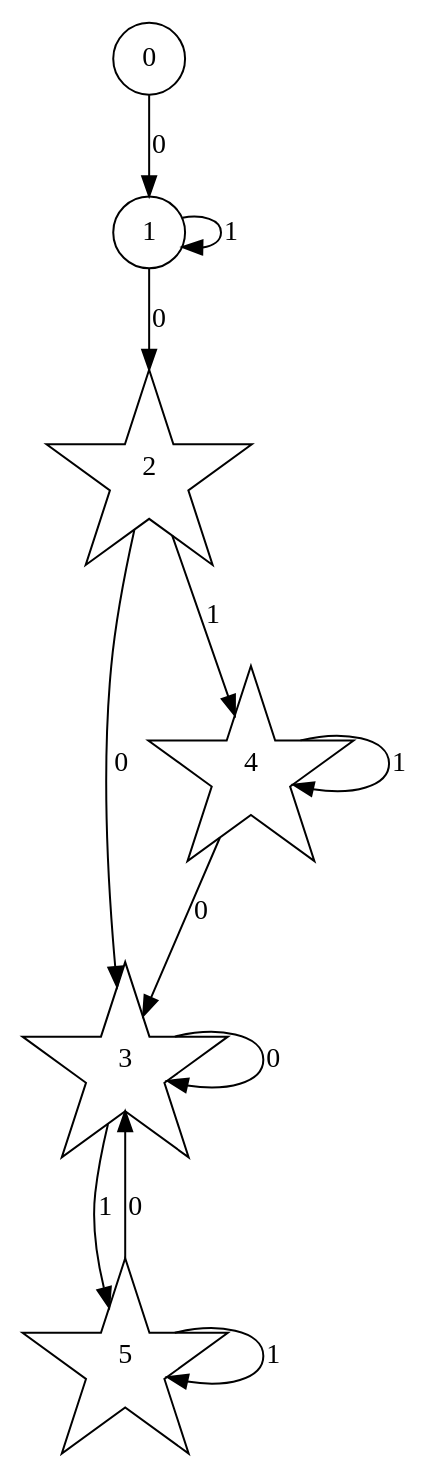
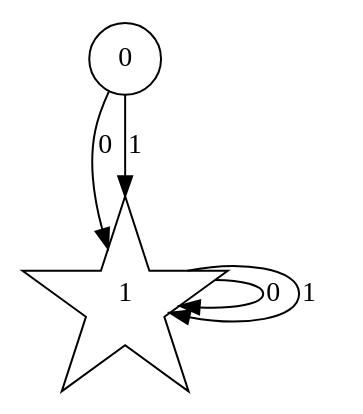
One commit to luchininaanna/TA changed the diagram in determination/determination/out.dot. Above: the diagram before and after it, drawn with Graphviz. The commit also changed 15 other files, not shown here.

```diff
--- a/determination/determination/out.dot
+++ b/determination/determination/out.dot
@@ -1,13 +1,8 @@
 digraph G{
-node [shape=circle]"0"->"1"[label="0"];
-node [shape=star]"1"->"2"[label="0"];
-node [shape=circle]"1"->"1"[label="1"];
-node [shape=star]"2"->"3"[label="0"];
-node [shape=star]"2"->"4"[label="1"];
-node [shape=star]"3"->"3"[label="0"];
-node [shape=star]"3"->"5"[label="1"];
-node [shape=star]"4"->"3"[label="0"];
-node [shape=star]"4"->"4"[label="1"];
-node [shape=star]"5"->"3"[label="0"];
-node [shape=star]"5"->"5"[label="1"];
+node [shape=circle]"0"
+node [shape=star]"1"
+"0"->"1"[label="0"];
+"0"->"1"[label="1"];
+"1"->"1"[label="0"];
+"1"->"1"[label="1"];
 }
```
